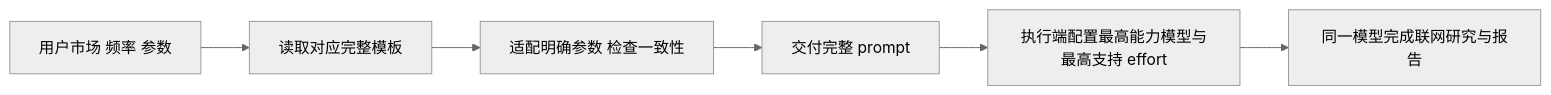
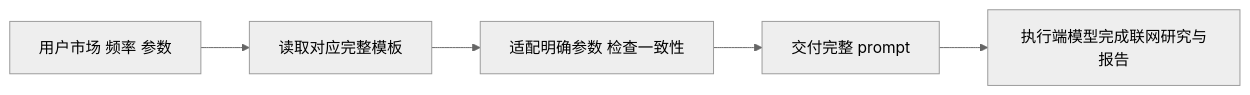
The diagram in design-docs/market-brief-skill-architecture.md (bitpunklabs/market-brief), drawn with Mermaid (neutral theme) before and after one commit. The commit also changed other lines of this file and 3 other files, not shown here.

````diff
--- a/design-docs/market-brief-skill-architecture.md
+++ b/design-docs/market-brief-skill-architecture.md
@@ -23,8 +23,7 @@
 ```mermaid
 flowchart LR
   A[用户市场 频率 参数] --> B[读取对应完整模板]
   B --> C[适配明确参数 检查一致性]
   C --> D[交付完整 prompt]
-  D --> E[执行端配置最高能力模型与最高支持 effort]
-  E --> F[同一模型完成联网研究与报告]
+  D --> E[执行端模型完成联网研究与报告]
 ```
````
